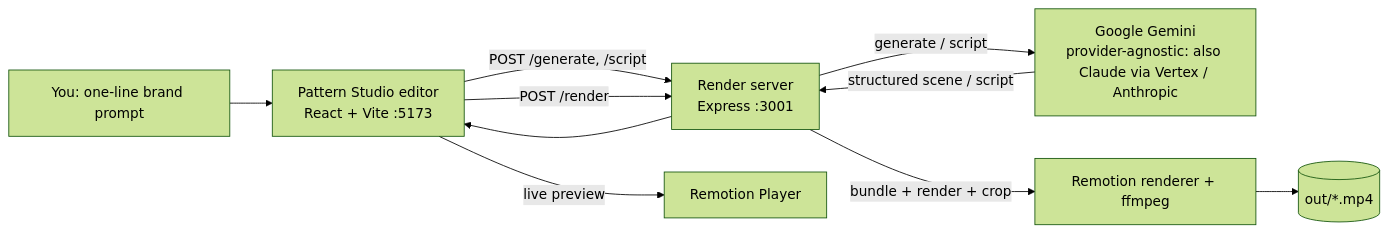
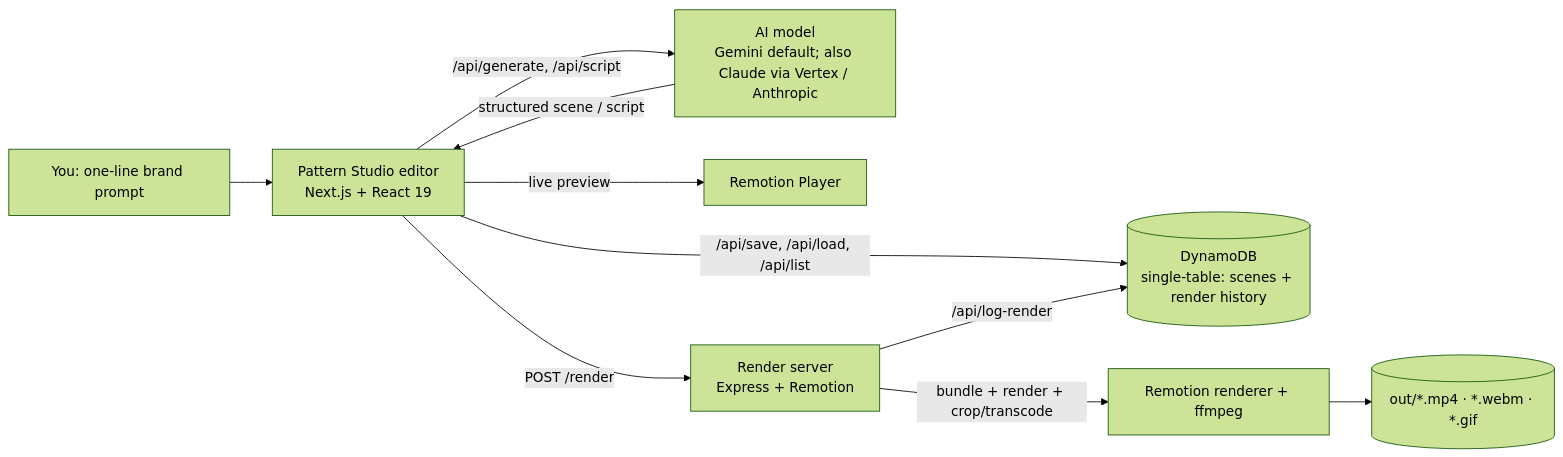
Before and after one commit to trishit726/Pattern-studio-: the diagram in README.md, drawn with Mermaid (forest theme). The commit also changed other lines of this file, not shown here.

````diff
--- a/README.md
+++ b/README.md
@@ -59,12 +54,12 @@
 ```mermaid
 flowchart LR
-  U[You: one-line brand prompt] --> APP[Pattern Studio editor<br/>React + Vite :5173]
-  APP -- POST /generate, /script --> SRV[Render server<br/>Express :3001]
-  SRV -- generate / script --> AI[Google Gemini<br/>provider-agnostic: also Claude via Vertex / Anthropic]
-  AI -- structured scene / script --> SRV
-  SRV --> APP
+  U[You: one-line brand prompt] --> APP[Pattern Studio editor<br/>Next.js + React 19]
+  APP -- /api/generate, /api/script --> AI[AI model<br/>Gemini default; also Claude via Vertex / Anthropic]
+  AI -- structured scene / script --> APP
+  APP -- /api/save, /api/load, /api/list --> DDB[(DynamoDB<br/>single-table: scenes + render history)]
   APP -- live preview --> PLAYER[Remotion Player]
-  APP -- POST /render --> SRV
-  SRV -- bundle + render + crop --> REMOTION[Remotion renderer + ffmpeg]
-  REMOTION --> MP4[(out/*.mp4)]
+  APP -- POST /render --> SRV[Render server<br/>Express + Remotion]
+  SRV -- bundle + render + crop/transcode --> FF[Remotion renderer + ffmpeg]
+  FF --> OUT[(out/*.mp4 · *.webm · *.gif)]
+  SRV -- /api/log-render --> DDB
 ```
````
